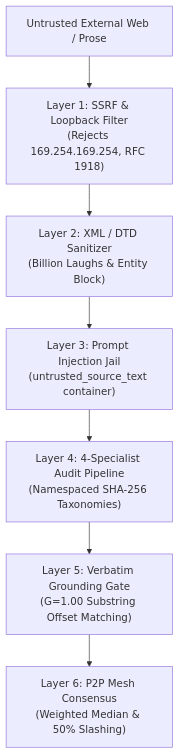
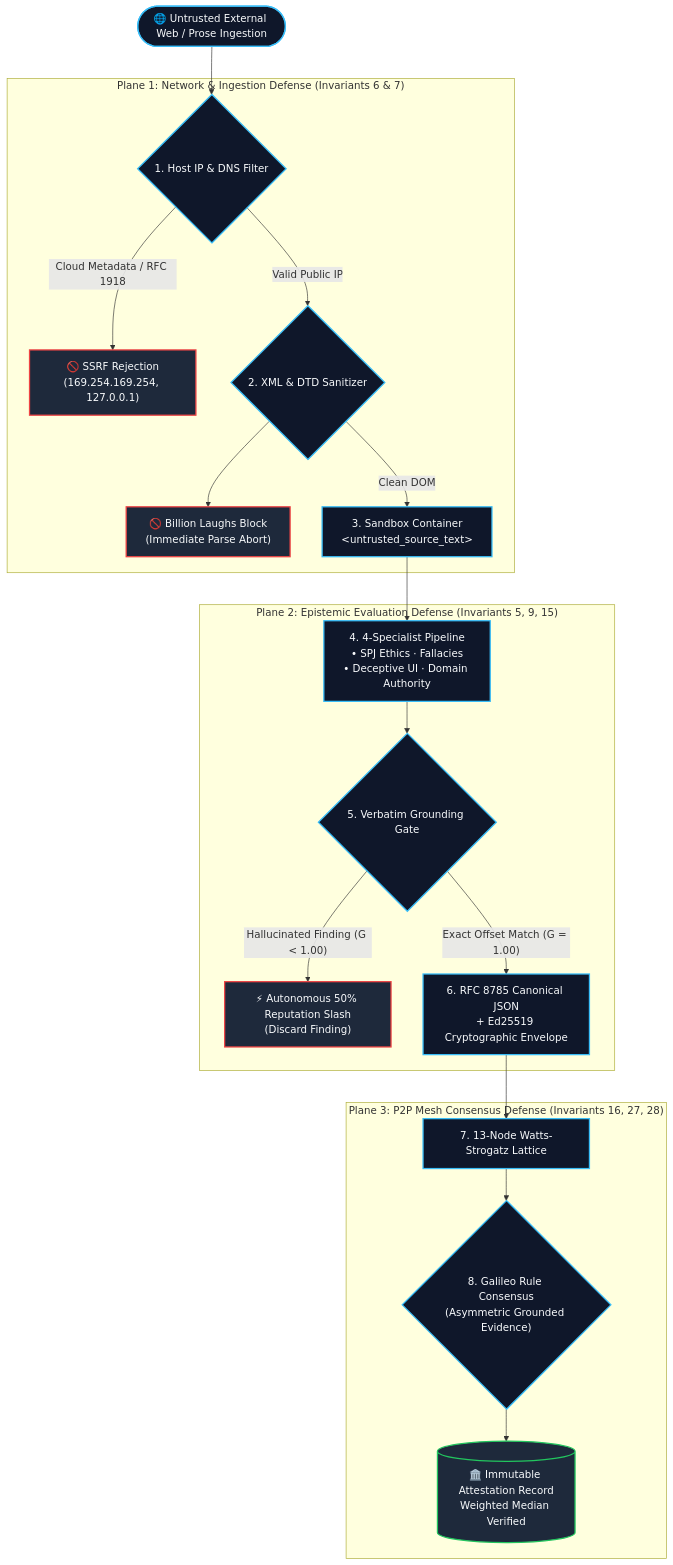
The diagram in docs/protocols/adversarial-defense.md (artibyrd/credence-docs), drawn with Mermaid before and after one commit. The commit also changed 22 other files, not shown here.

Commit message:
feat(docs): release v1.21.1 - modernize mermaid diagrams, integrate mcp-mermaid, add AST/contrast CI guardrails

````diff
--- a/docs/protocols/adversarial-defense.md
+++ b/docs/protocols/adversarial-defense.md
@@ -16,9 +16,31 @@
 ```mermaid
 flowchart TD
-    Raw["Untrusted External Web / Prose"] --> L1["Layer 1: SSRF & Loopback Filter<br>(Rejects 169.254.169.254, RFC 1918)"]
-    L1 --> L2["Layer 2: XML / DTD Sanitizer<br>(Billion Laughs & Entity Block)"]
-    L2 --> L3["Layer 3: Prompt Injection Jail<br>(untrusted_source_text container)"]
-    L3 --> L4["Layer 4: 4-Specialist Audit Pipeline<br>(Namespaced SHA-256 Taxonomies)"]
-    L4 --> L5["Layer 5: Verbatim Grounding Gate<br>(G=1.00 Substring Offset Matching)"]
-    L5 --> L6["Layer 6: P2P Mesh Consensus<br>(Weighted Median & 50% Slashing)"]
+    Raw(["🌐 Untrusted External Web / Prose Ingestion"]) --> L1{"1. Host IP & DNS Filter"}
+    
+    subgraph IngestionDefense ["Plane 1: Network & Ingestion Defense (Invariants 6 & 7)"]
+        L1 -- "Cloud Metadata / RFC 1918" --> Drop1["🚫 SSRF Rejection<br/>(169.254.169.254, 127.0.0.1)"]
+        L1 -- "Valid Public IP" --> L2{"2. XML & DTD Sanitizer"}
+        L2 -- "<!ENTITY / <!DOCTYPE" --> Drop2["🚫 Billion Laughs Block<br/>(Immediate Parse Abort)"]
+        L2 -- "Clean DOM" --> L3["3. Sandbox Container<br/>&lt;untrusted_source_text&gt;"]
+    end
+
+    subgraph EvaluationDefense ["Plane 2: Epistemic Evaluation Defense (Invariants 5, 9, 15)"]
+        L3 --> L4["4. 4-Specialist Pipeline<br/>• SPJ Ethics · Fallacies<br/>• Deceptive UI · Domain Authority"]
+        L4 --> L5{"5. Verbatim Grounding Gate"}
+        L5 -- "Hallucinated Finding (G < 1.00)" --> Slash["⚡ Autonomous 50% Reputation Slash<br/>(Discard Finding)"]
+        L5 -- "Exact Offset Match (G = 1.00)" --> Envelope["6. RFC 8785 Canonical JSON<br/>+ Ed25519 Cryptographic Envelope"]
+    end
+
+    subgraph ConsensusDefense ["Plane 3: P2P Mesh Consensus Defense (Invariants 16, 27, 28)"]
+        Envelope --> L6["7. 13-Node Watts-Strogatz Lattice"]
+        L6 --> Galileo{"8. Galileo Rule Consensus<br/>(Asymmetric Grounded Evidence)"}
+        Galileo --> Final[("🏛️ Immutable Attestation Record<br/>Weighted Median Verified")]
+    end
+
+    classDef darkSlate fill:#0f172a,stroke:#38bdf8,stroke-width:2px,color:#f8fafc;
+    classDef reject fill:#1e293b,stroke:#ef4444,stroke-width:2px,color:#f8fafc;
+    classDef success fill:#1e293b,stroke:#22c55e,stroke-width:2px,color:#f8fafc;
+    class Raw,L1,L2,L3,L4,L5,Envelope,L6,Galileo darkSlate;
+    class Drop1,Drop2,Slash reject;
+    class Final success;
 ```
````
